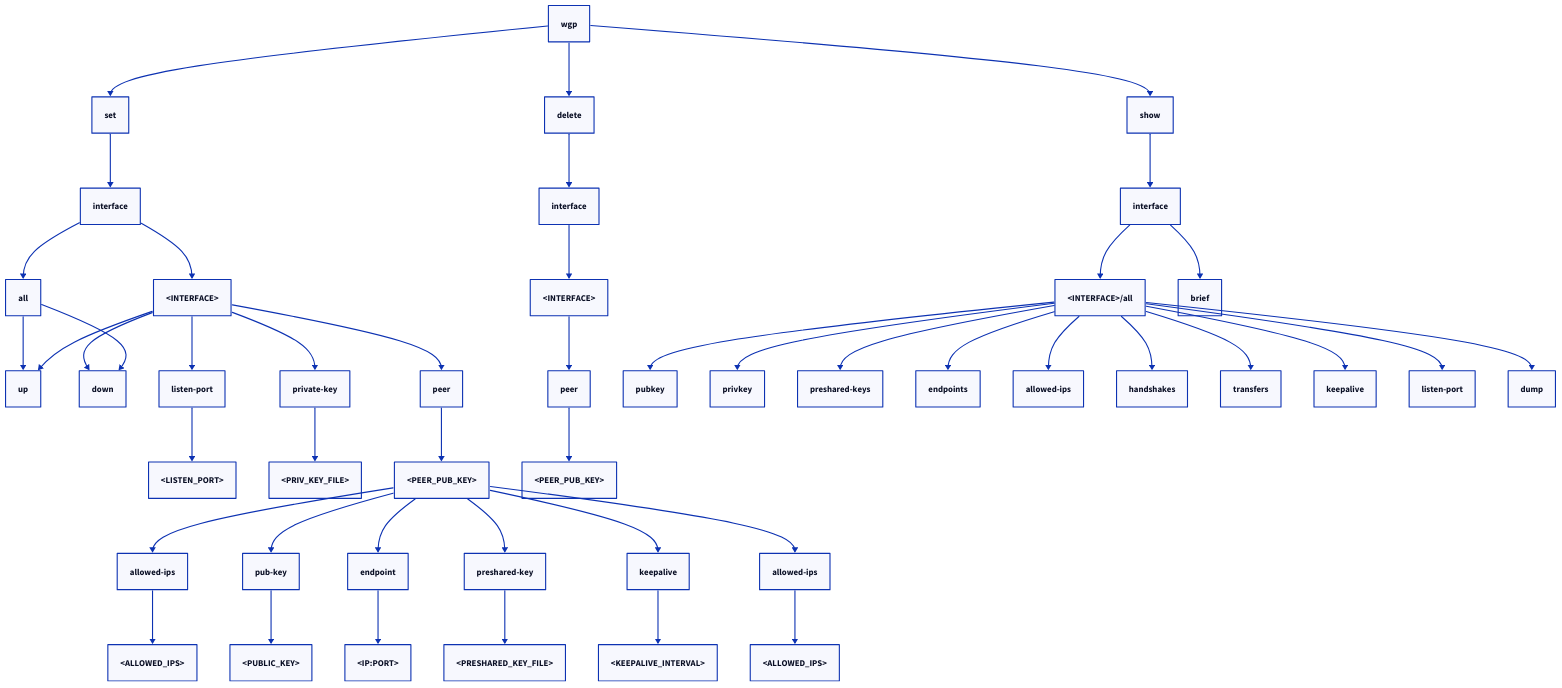
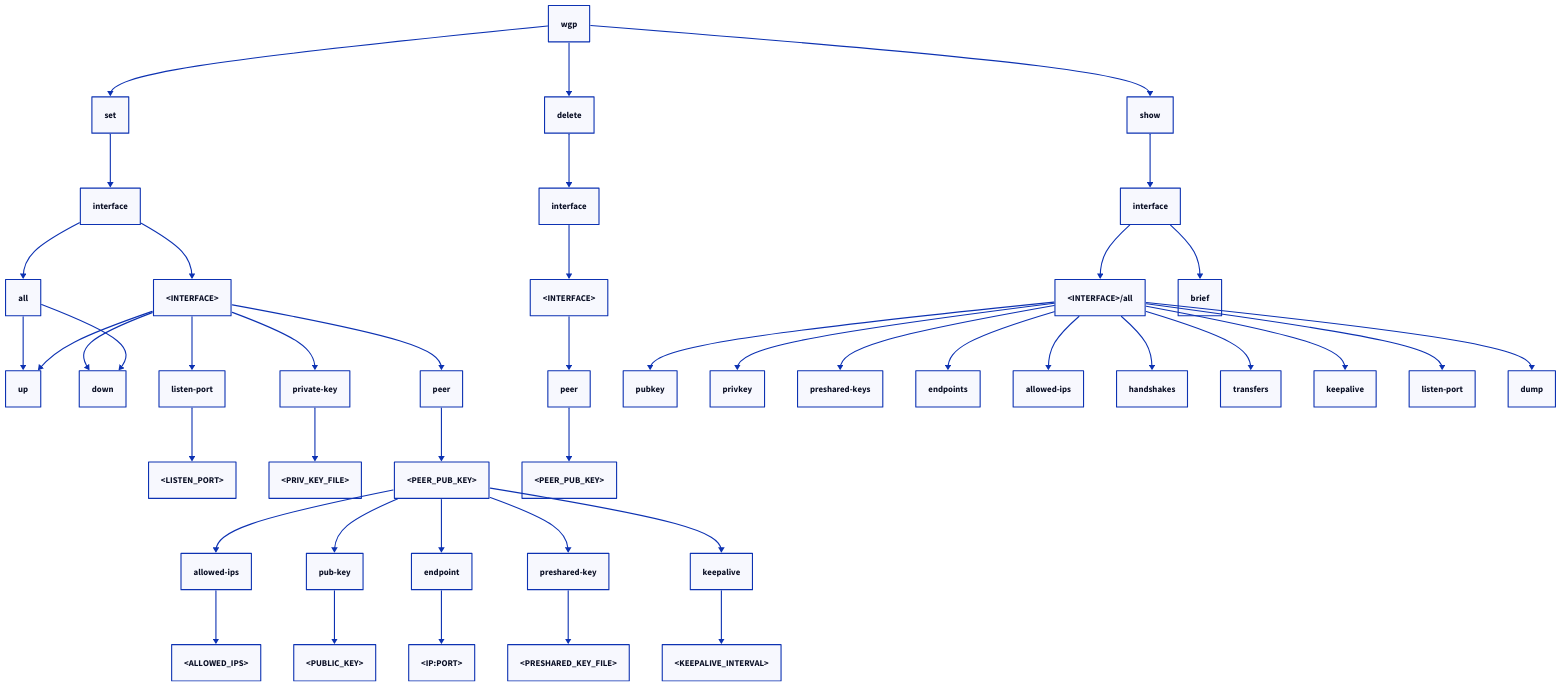
Before and after one commit to cyrex562/wg-plumber: the diagram in command_tree.d2, drawn with D2. The commit also changed 5 other files, not shown here.

```diff
--- a/command_tree.d2
+++ b/command_tree.d2
@@ -1,117 +1,117 @@
 wgp: wgp
 
 wgp->set
 wgp->show
 wgp->delete
 
 # set
 set
 
 interface3: interface
 set->interface3
 interface3_arg: <INTERFACE>
 interface3->interface3_arg
 
 all2: all
 interface3->all2
 all2->up1
 
 up1: up
 interface3_arg->up1
 
 down1: down
 interface3_arg->down1
 all2->down1
 
 
 listen_port3: listen-port
 interface3_arg->listen_port3
 listen_port_3_arg: <LISTEN_PORT>
 listen_port3->listen_port_3_arg
 
 private_key3: private-key
 interface3_arg->private_key3
 priv_key_file: <PRIV_KEY_FILE>
 private_key3->priv_key_file
 
 peer3: peer
 interface3_arg->peer3
 
 peer_pub_key: <PEER_PUB_KEY>
 peer3->peer_pub_key
 
 allowed_ips_3: allowed-ips
 peer_pub_key->allowed_ips_3
 
 allowed_ips_4: <ALLOWED_IPS>
 allowed_ips_3->allowed_ips_4
 
 peer_pub_key3: pub-key
 peer_pub_key->peer_pub_key3
 peer_pub_key4: <PUBLIC_KEY>
 peer_pub_key3->peer_pub_key4
 
 peer_endpoint: endpoint
 peer_pub_key -> peer_endpoint
 peer_endpoint2: <IP:PORT>
 peer_endpoint -> peer_endpoint2
 
 preshared_key: preshared-key
 peer_pub_key -> preshared_key
 preshared_key_arg: <PRESHARED_KEY_FILE>
 preshared_key -> preshared_key_arg
 
 keepalive: keepalive
 peer_pub_key -> keepalive
 keepalive_arg: <KEEPALIVE_INTERVAL>
 keepalive -> keepalive_arg
 
-allowed_ips: allowed-ips
-allowed_ips_arg: <ALLOWED_IPS>
-peer_pub_key->allowed_ips
-allowed_ips->allowed_ips_arg
+# allowed_ips: allowed-ips
+# allowed_ips_arg: <ALLOWED_IPS>
+# peer_pub_key->allowed_ips
+# allowed_ips->allowed_ips_arg
 
 # delete
 delete->interface1
 
 interface1: interface
 interface1_int_arg: <INTERFACE>
 
 interface1->interface1_int_arg
 
 peer1: peer
 interface1_int_arg->peer1
 peer1_arg: <PEER_PUB_KEY>
 peer1->peer1_arg
 
 # show
 show
 
 interface2: interface
 interface2_int_arg: <INTERFACE>/all
 
 show->interface2
 
 interface2->brief
 
 interface2 -> interface2_int_arg
 interface2_int_arg -> pub_key2
 pub_key2: pubkey
 interface2_int_arg -> priv_key2
 priv_key2: privkey
 interface2_int_arg -> preshared_keys2
 preshared_keys2: preshared-keys
 endpoints2: endpoints
 interface2_int_arg -> endpoints2
 allowed_ips2: allowed-ips
 interface2_int_arg -> allowed_ips2
 handshakes2: handshakes
 interface2_int_arg -> handshakes2
 transfers2: transfers
 interface2_int_arg -> transfers2
 keepalive2: keepalive
 interface2_int_arg -> keepalive2
 listen_port2: listen-port
 interface2_int_arg -> listen_port2
 dump2: dump
 interface2_int_arg -> dump2
```
